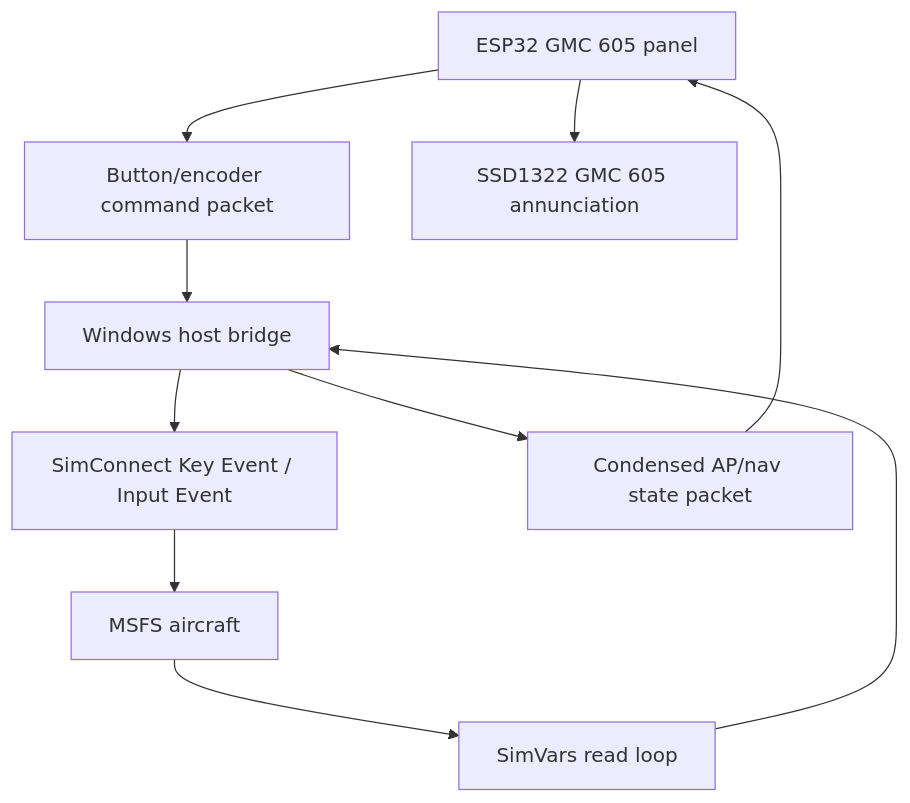
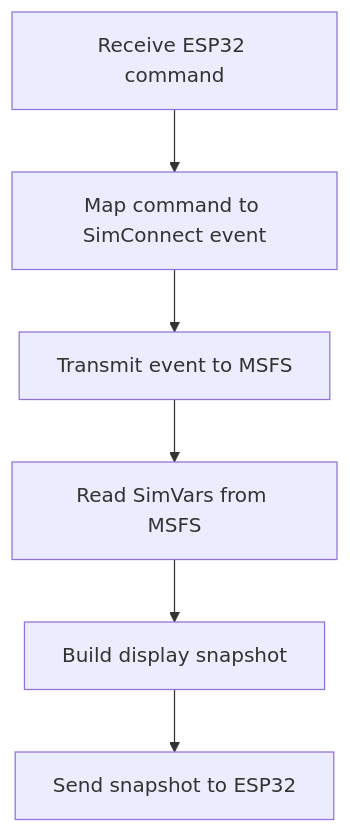
Before and after one commit to br4593/gfc600_esp32_freertos: the diagram in docs/research/msfs-gmc605-simvar-event-map.md, drawn with Mermaid. The commit also changed other lines of this file and 73 other files, not shown here.

````diff
--- a/docs/research/msfs-gmc605-simvar-event-map.md
+++ b/docs/research/msfs-gmc605-simvar-event-map.md
@@ -137,12 +31,8 @@
 ```mermaid
 flowchart TD
-    ESP[ESP32 GMC 605 panel] --> Cmd[Button/encoder command packet]
-    Cmd --> Host[Windows host bridge]
-    Host --> Event[SimConnect Key Event / Input Event]
-    Event --> MSFS[MSFS aircraft]
-    MSFS --> Vars[SimVars read loop]
-    Vars --> Host
-    Host --> State[Condensed AP/nav state packet]
-    State --> ESP
-    ESP --> Display[SSD1322 GMC 605 annunciation]
+    A[Read SimVars from MSFS] --> B[Build display snapshot]
+    B --> C[Send snapshot to ESP32]
+    D[Receive ESP32 command] --> E[Map command to SimConnect event]
+    E --> F[Transmit event to MSFS]
+    F --> A
 ```
````
